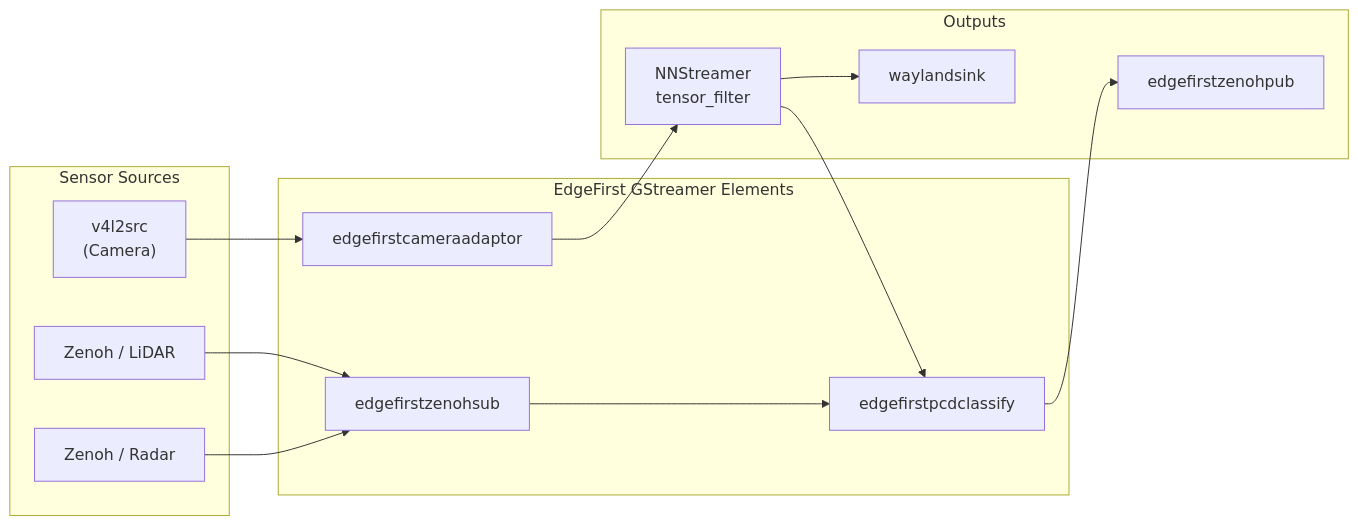
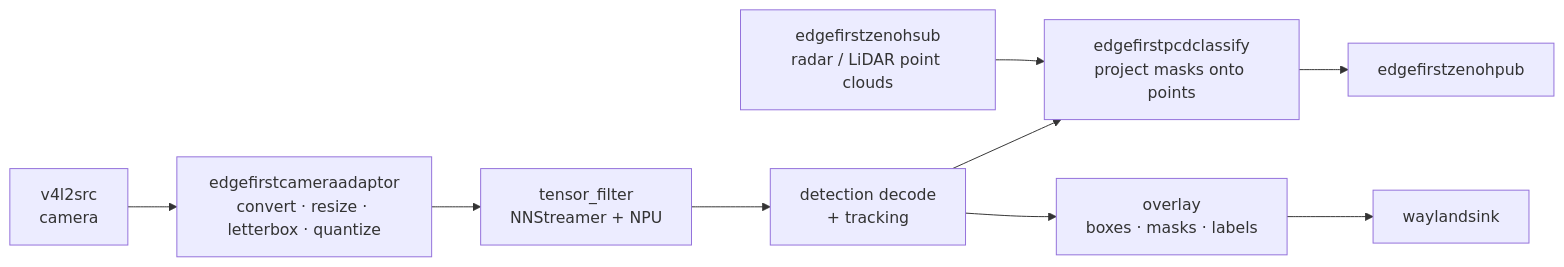
The diagram in profile/gstreamer.md (EdgeFirstAI/.github), drawn with Mermaid before and after one commit. The commit also changed other lines of this file and 10 other files, not shown here.

````diff
--- a/profile/gstreamer.md
+++ b/profile/gstreamer.md
@@ -15,24 +15,12 @@
 ```mermaid
-graph LR
-    subgraph sources["Sensor Sources"]
-        cam["v4l2src<br/>(Camera)"]
-        lidar["Zenoh / LiDAR"]
-        radar["Zenoh / Radar"]
-    end
-    subgraph gst["EdgeFirst GStreamer Elements"]
-        adaptor["edgefirstcameraadaptor"]
-        zenohsub["edgefirstzenohsub"]
-        pcdclassify["edgefirstpcdclassify"]
-    end
-    subgraph sinks["Outputs"]
-        nn["NNStreamer<br/>tensor_filter"]
-        zenohpub["edgefirstzenohpub"]
-        display["waylandsink"]
-    end
-    cam --> adaptor --> nn
-    lidar --> zenohsub --> pcdclassify
-    radar --> zenohsub
-    nn --> pcdclassify
-    pcdclassify --> zenohpub
-    nn --> display
+flowchart LR
+    cam["v4l2src<br/>camera"] --> adaptor["edgefirstcameraadaptor<br/>convert · resize · letterbox · quantize"]
+    adaptor --> nn["tensor_filter<br/>NNStreamer + NPU"]
+    nn --> decode["detection decode<br/>+ tracking"]
+
+    zsub["edgefirstzenohsub<br/>radar / LiDAR point clouds"] --> pcd["edgefirstpcdclassify<br/>project masks onto points"]
+    decode --> pcd
+
+    decode --> overlay["overlay<br/>boxes · masks · labels"] --> display["waylandsink"]
+    pcd --> zpub["edgefirstzenohpub"]
 ```
````
